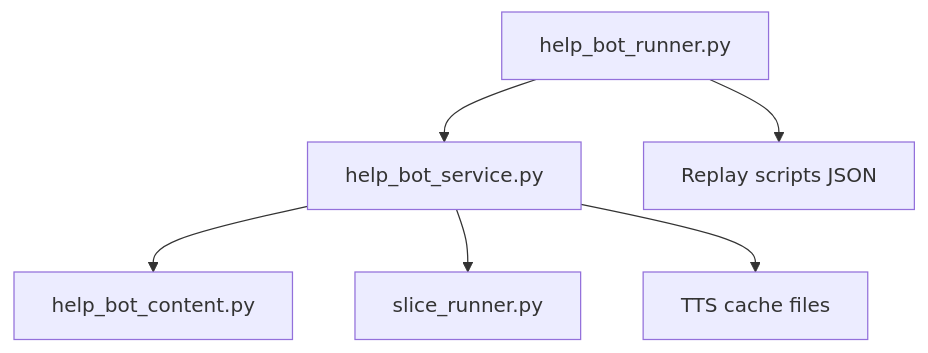
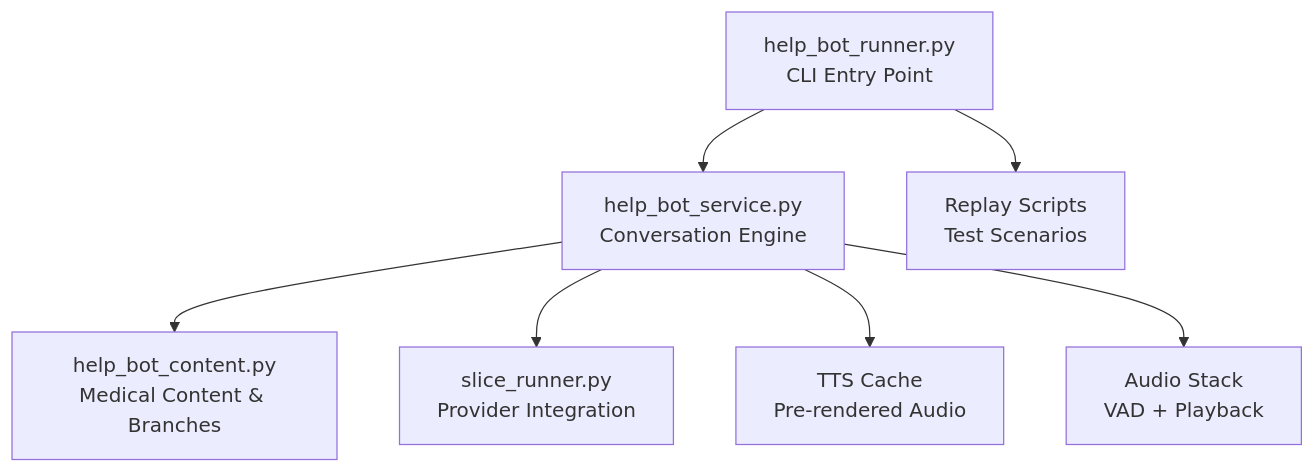
The first of 5 diagrams in .qoder/repowiki/en/content/Responder Help Bot/Responder Help Bot.md (M-Rumman/LifeLine-Ride), drawn with Mermaid before and after one commit. The commit also changed other lines of this file and 45 other files, not shown here.

````diff
--- a/.qoder/repowiki/en/content/Responder Help Bot/Responder Help Bot.md
+++ b/.qoder/repowiki/en/content/Responder Help Bot/Responder Help Bot.md
@@ -44,8 +56,9 @@
 ```mermaid
 graph TB
-A["help_bot_runner.py"] --> B["help_bot_service.py"]
-B --> C["help_bot_content.py"]
-B --> D["slice_runner.py"]
-B --> E["TTS cache files"]
-A --> F["Replay scripts JSON"]
+A["help_bot_runner.py<br/>CLI Entry Point"] --> B["help_bot_service.py<br/>Conversation Engine"]
+B --> C["help_bot_content.py<br/>Medical Content & Branches"]
+B --> D["slice_runner.py<br/>Provider Integration"]
+B --> E["TTS Cache<br/>Pre-rendered Audio"]
+A --> F["Replay Scripts<br/>Test Scenarios"]
+B --> G["Audio Stack<br/>VAD + Playback"]
 ```
````
